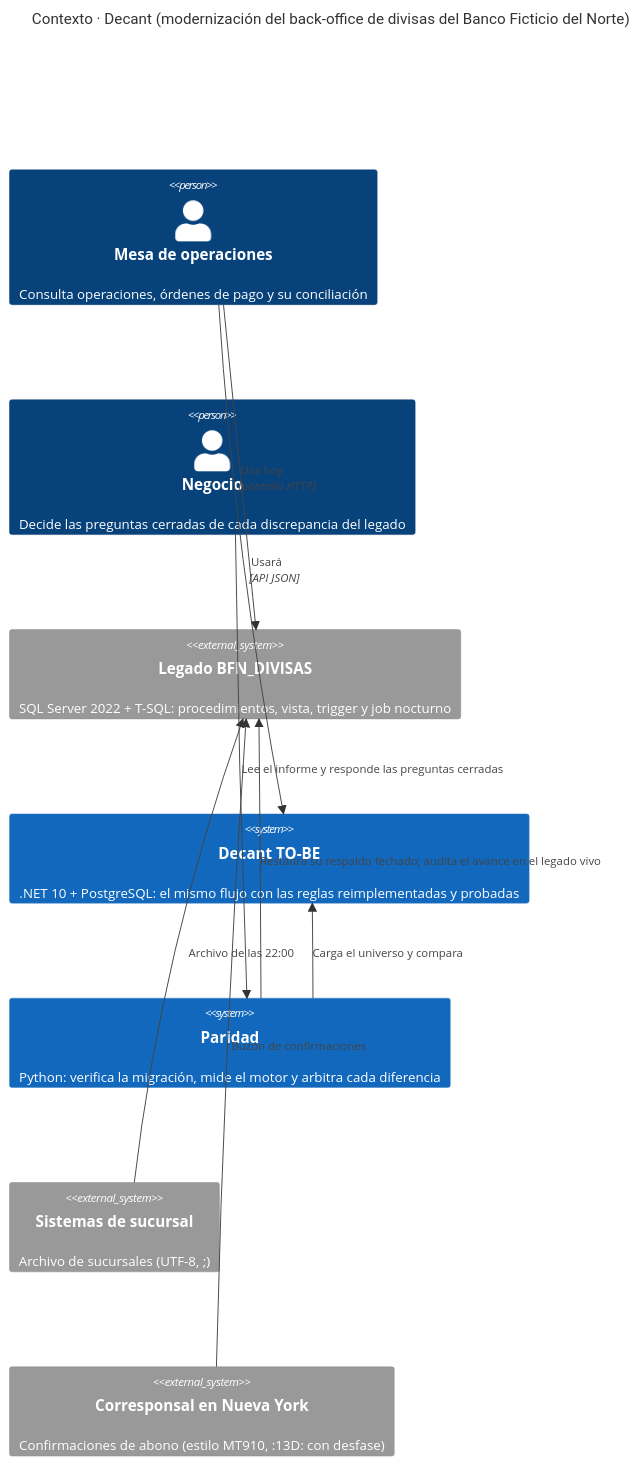
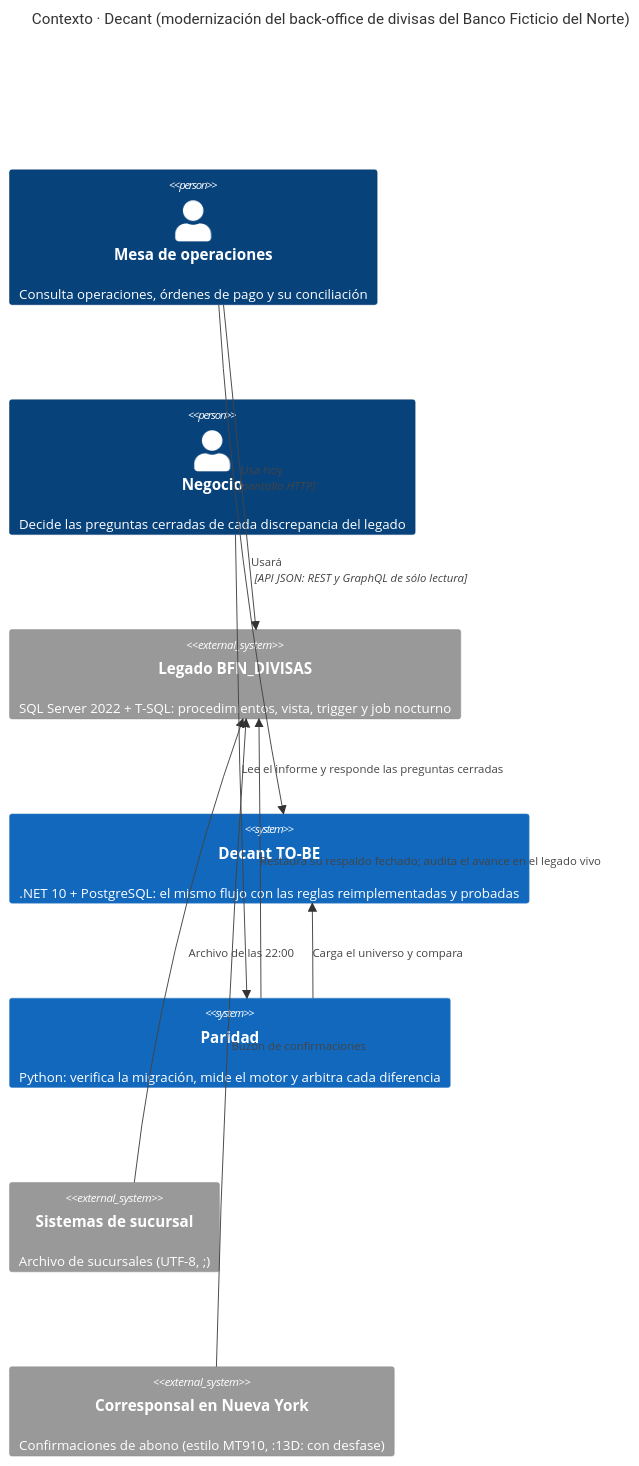
One commit to christianescamilla15-cell/decant changed the first of 3 diagrams in docs/arquitectura/README.md. Above: the diagram before and after it, drawn with Mermaid. The commit also changed other lines of this file and 4 other files, not shown here.

First line of the commit message:
Docs: ADR 0017 (GraphQL de sólo lectura junto a REST), C4 con los componentes de la API, reglas y README

````diff
--- a/docs/arquitectura/README.md
+++ b/docs/arquitectura/README.md
@@ -8,18 +9,18 @@
 ```mermaid
 C4Context
   title Contexto · Decant (modernización del back-office de divisas del Banco Ficticio del Norte)
   Person(operador, "Mesa de operaciones", "Consulta operaciones, órdenes de pago y su conciliación")
   Person(negocio, "Negocio", "Decide las preguntas cerradas de cada discrepancia del legado")
   System_Ext(legado, "Legado BFN_DIVISAS", "SQL Server 2022 + T-SQL: procedimientos, vista, trigger y job nocturno")
   System(tobe, "Decant TO-BE", ".NET 10 + PostgreSQL: el mismo flujo con las reglas reimplementadas y probadas")
   System(paridad, "Paridad", "Python: verifica la migración, mide el motor y arbitra cada diferencia")
   System_Ext(sucursales, "Sistemas de sucursal", "Archivo de sucursales (UTF-8, ;)")
   System_Ext(corresponsal, "Corresponsal en Nueva York", "Confirmaciones de abono (estilo MT910, :13D: con desfase)")
   Rel(operador, legado, "Usa hoy", "pantalla HTTP")
-  Rel(operador, tobe, "Usará", "API JSON")
+  Rel(operador, tobe, "Usará", "API JSON: REST y GraphQL de sólo lectura")
   Rel(sucursales, legado, "Archivo de las 22:00")
   Rel(corresponsal, legado, "Buzón de confirmaciones")
   Rel(paridad, legado, "Restaura su respaldo fechado; audita el avance en el legado vivo")
   Rel(paridad, tobe, "Carga el universo y compara")
   Rel(negocio, paridad, "Lee el informe y responde las preguntas cerradas")
 ```
````
